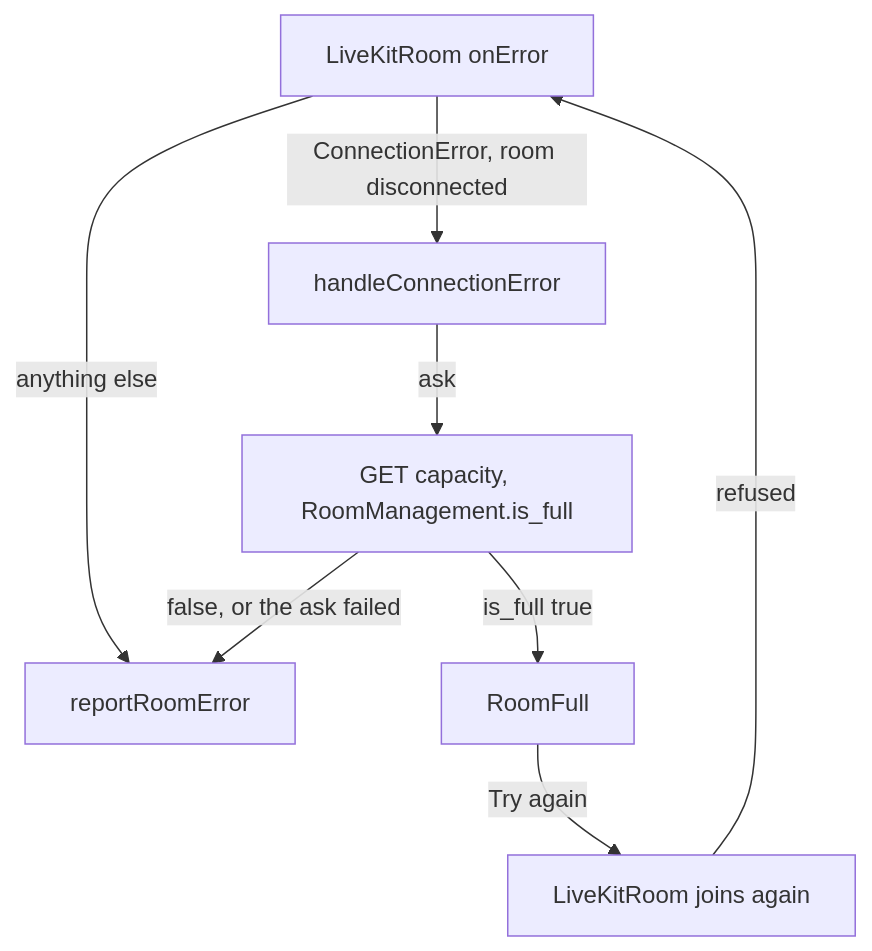
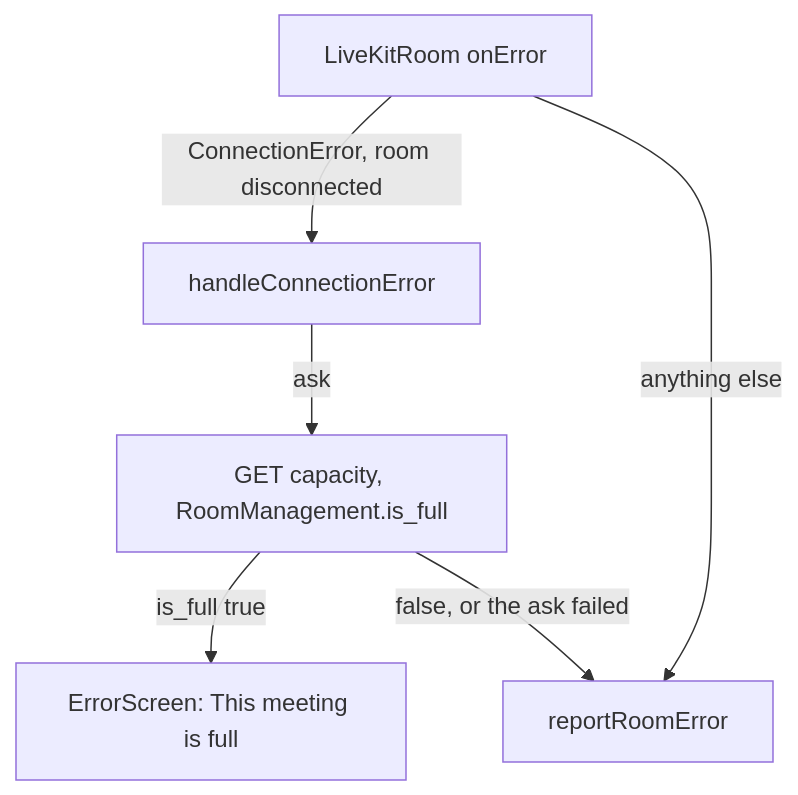
Before and after one commit to davd-gzl/agent-artifact: the diagram in meet/1780/overview.md, drawn with Mermaid. The commit also changed other lines of this file, not shown here.

Commit message:
meet: meet/1780/overview.md for the full meeting on ErrorScreen

````diff
--- a/meet/1780/overview.md
+++ b/meet/1780/overview.md
@@ -28,10 +27,8 @@
 ```mermaid
 flowchart TD
   onError[LiveKitRoom onError] -->|ConnectionError, room disconnected| hce[handleConnectionError]
   onError -->|anything else| rep[reportRoomError]
   hce -->|ask| cap[GET capacity, RoomManagement.is_full]
-  cap -->|is_full true| full[RoomFull]
+  cap -->|is_full true| full[ErrorScreen: This meeting is full]
   cap -->|false, or the ask failed| rep
-  full -->|Try again| join[LiveKitRoom joins again]
-  join -->|refused| onError
 ```
````
